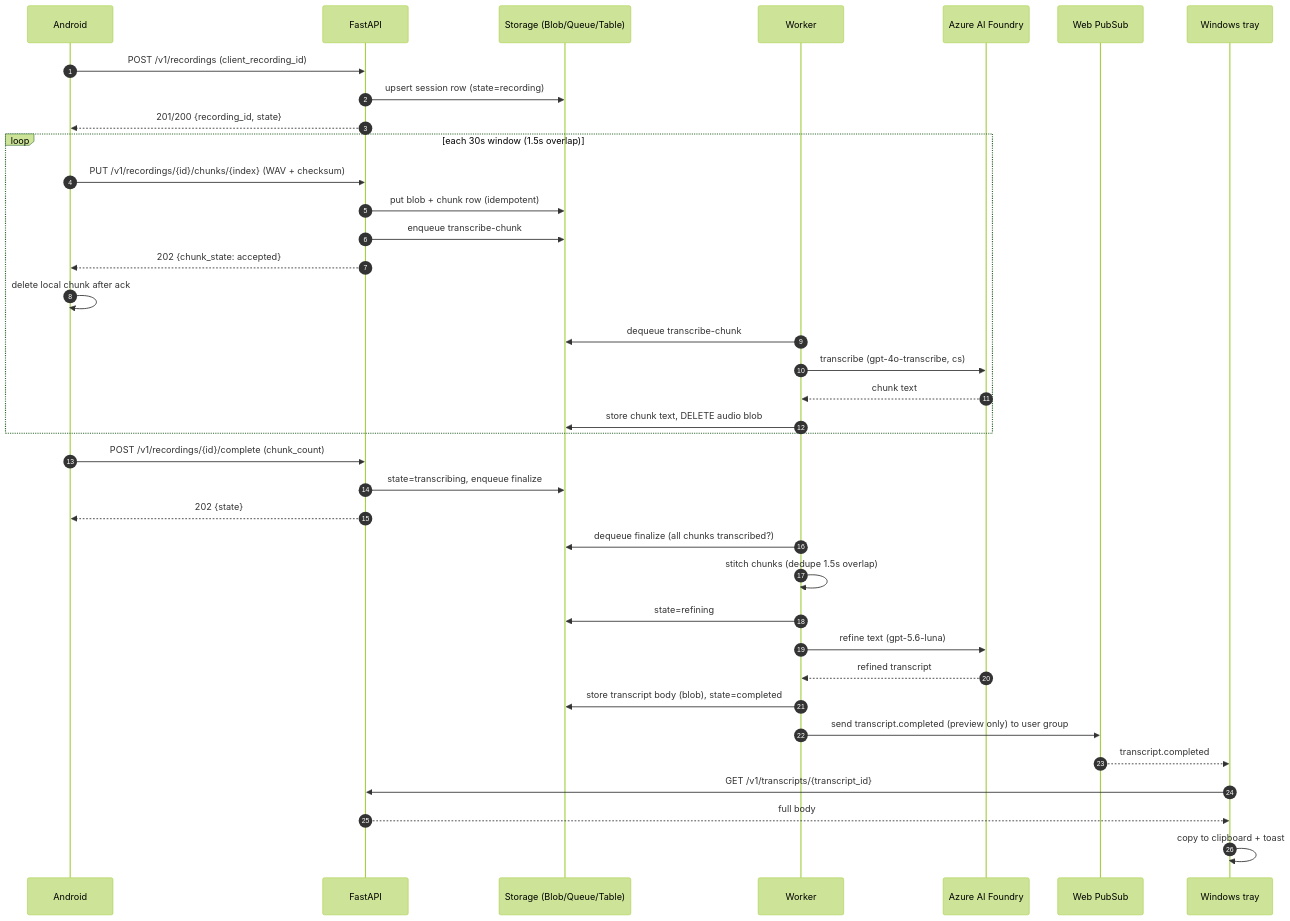
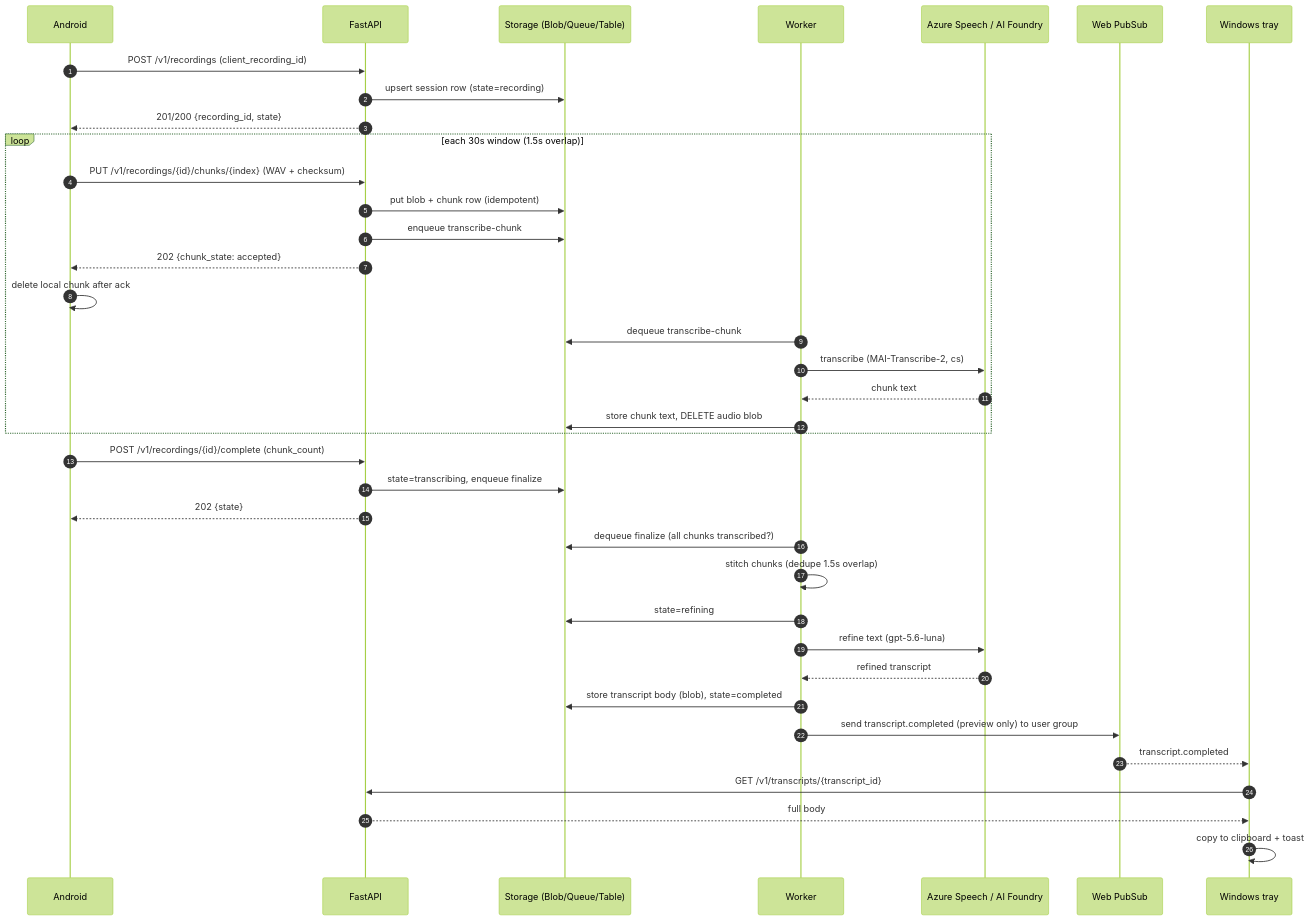
One commit to tkubica12/cot-voice-recorder changed the second of 4 diagrams in docs/architecture.md. Above: the diagram before and after it, drawn with Mermaid (forest theme). The commit also changed other lines of this file and 24 other files, not shown here.

First line of the commit message:
feat: add MAI Transcribe 2 support

````diff
--- a/docs/architecture.md
+++ b/docs/architecture.md
@@ -84,40 +86,40 @@
 ```mermaid
 sequenceDiagram
   autonumber
   participant A as Android
   participant API as FastAPI
   participant ST as Storage (Blob/Queue/Table)
   participant WK as Worker
-  participant AI as Azure AI Foundry
+  participant AI as Azure Speech / AI Foundry
   participant WPS as Web PubSub
   participant W as Windows tray
 
   A->>API: POST /v1/recordings (client_recording_id)
   API->>ST: upsert session row (state=recording)
   API-->>A: 201/200 {recording_id, state}
   loop each 30s window (1.5s overlap)
     A->>API: PUT /v1/recordings/{id}/chunks/{index} (WAV + checksum)
     API->>ST: put blob + chunk row (idempotent)
     API->>ST: enqueue transcribe-chunk
     API-->>A: 202 {chunk_state: accepted}
     A->>A: delete local chunk after ack
     WK->>ST: dequeue transcribe-chunk
-    WK->>AI: transcribe (gpt-4o-transcribe, cs)
+    WK->>AI: transcribe (MAI-Transcribe-2, cs)
     AI-->>WK: chunk text
     WK->>ST: store chunk text, DELETE audio blob
   end
   A->>API: POST /v1/recordings/{id}/complete (chunk_count)
   API->>ST: state=transcribing, enqueue finalize
   API-->>A: 202 {state}
   WK->>ST: dequeue finalize (all chunks transcribed?)
   WK->>WK: stitch chunks (dedupe 1.5s overlap)
   WK->>ST: state=refining
   WK->>AI: refine text (gpt-5.6-luna)
   AI-->>WK: refined transcript
   WK->>ST: store transcript body (blob), state=completed
   WK->>WPS: send transcript.completed (preview only) to user group
   WPS-->>W: transcript.completed
   W->>API: GET /v1/transcripts/{transcript_id}
   API-->>W: full body
   W->>W: copy to clipboard + toast
 ```
````
